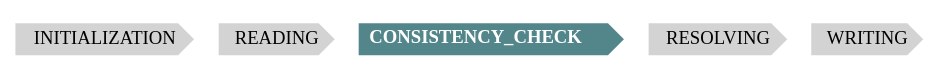
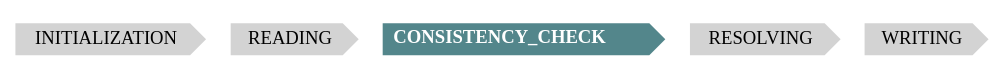
One commit to DocumentationBook/SphinxDocumentation changed the diagram in research/sphinx/consistency/phases_consistency.gv. Above: the diagram before and after it, drawn with Graphviz. The commit also changed 12 other files, not shown here.

Commit message:
RESOLVE and WRITING phases started.

```diff
--- a/research/sphinx/consistency/phases_consistency.gv
+++ b/research/sphinx/consistency/phases_consistency.gv
@@ -1,9 +1,9 @@
 digraph {
 //	graph [rankdir=LR]
 	node [color=none shape=cds fillcolor=lightgrey style=filled]
-	"init" [label=INITIALIZATION href="../research/sphinx/app_init/" target=_top]
-	"read" [label=READING href="../research/sphinx/read/" target=_top]
-	"consistency" [label=<<b>CONSISTENCY_CHECK</b>> fillcolor=cadetblue4 fontcolor=white href="../research/sphinx/consistency/" target=_top]
-	"resolve" [label="RESOLVING" href="../research/sphinx/resolve/" target=_top]
-	"write" [label="WRITING" href="../research/sphinx/write/" target=_top]
+	"init" [label="INITIALIZATION  " href="../research/sphinx/app_init/" target=_top]
+	"read" [label="READING  " href="../research/sphinx/read/" target=_top]
+	"consistency" [label=<<b>CONSISTENCY_CHECK &#160;&#160;</b>> fillcolor=cadetblue4 fontcolor=white href="../research/sphinx/consistency/" target=_top]
+	"resolve" [label="RESOLVING  " href="../research/sphinx/resolve/" target=_top]
+	"write" [label="WRITING  " href="../research/sphinx/write/" target=_top]
 }
```
